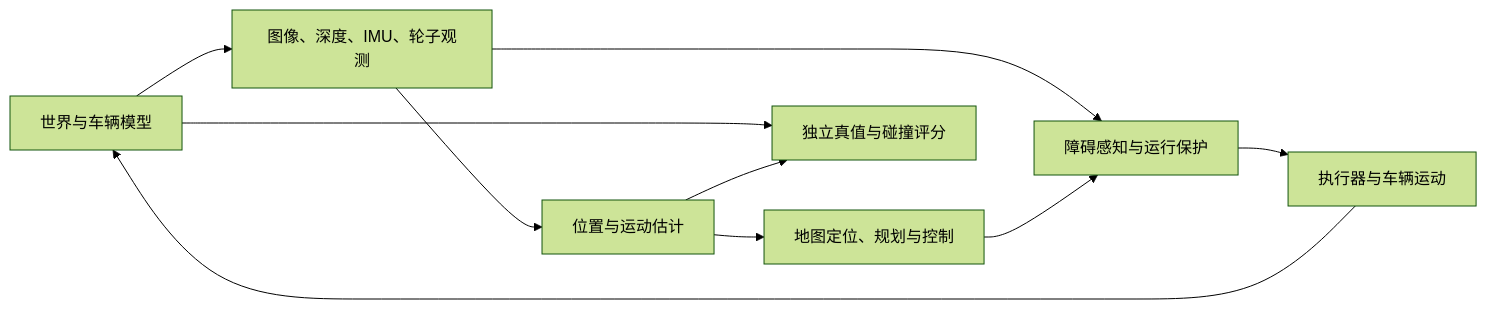
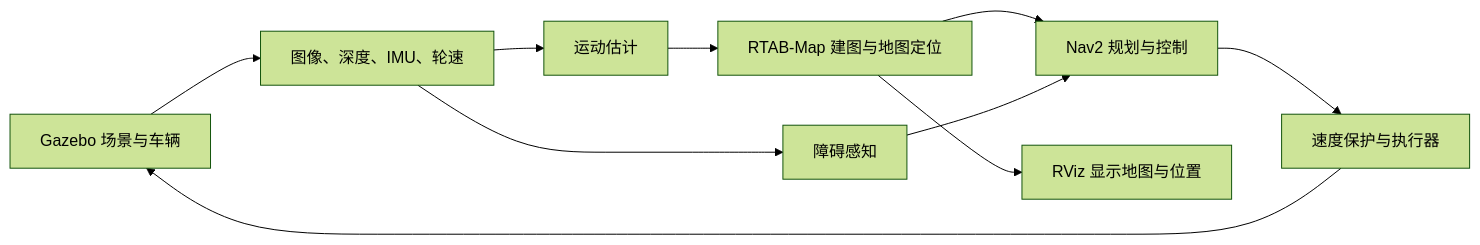
The diagram in docs/08-advanced-applications/50-gazebo-simulation.md (EnosElinsa/wheeltec-ros-textbook), drawn with Mermaid (forest theme) before and after one commit. The commit also changed other lines of this file and 44 other files, not shown here.

````diff
--- a/docs/08-advanced-applications/50-gazebo-simulation.md
+++ b/docs/08-advanced-applications/50-gazebo-simulation.md
@@ -84,12 +66,12 @@
 ```mermaid
 flowchart LR
-    A[世界与车辆模型] --> B[图像、深度、IMU、轮子观测]
-    B --> C[位置与运动估计]
-    C --> D[地图定位、规划与控制]
-    B --> E[障碍感知与运行保护]
-    D --> E
-    E --> F[执行器与车辆运动]
-    F --> A
-    A --> G[独立真值与碰撞评分]
-    C --> G
+    A[Gazebo 场景与车辆] --> B[图像、深度、IMU、轮速]
+    B --> C[运动估计]
+    C --> D[RTAB-Map 建图与地图定位]
+    D --> E[Nav2 规划与控制]
+    B --> F[障碍感知]
+    F --> E
+    E --> G[速度保护与执行器]
+    G --> A
+    D --> H[RViz 显示地图与位置]
 ```
````
